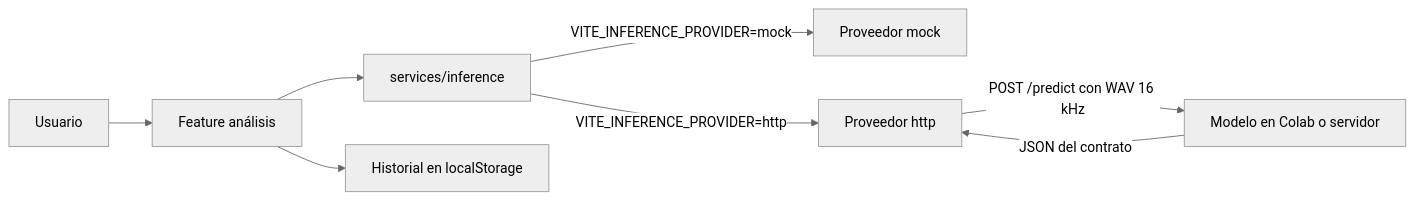
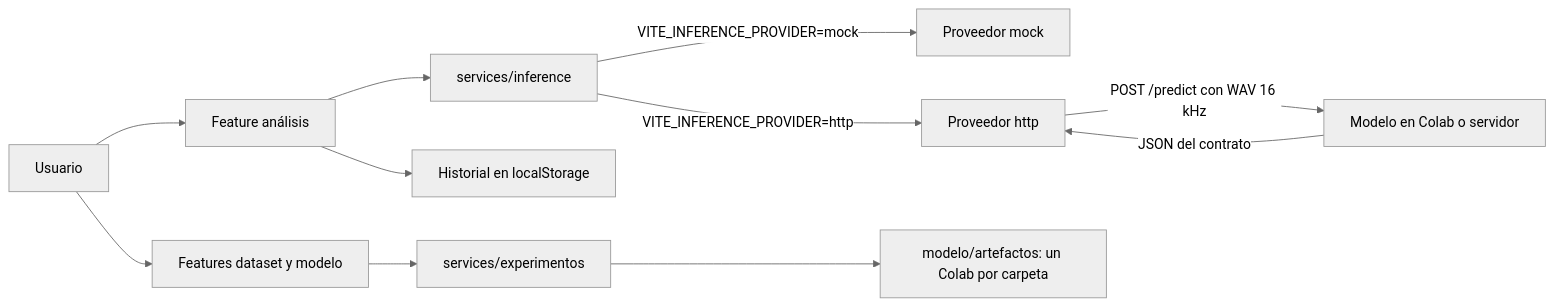
One commit to Criss-az/HappyBirds changed the diagram in docs/arquitectura.md. Above: the diagram before and after it, drawn with Mermaid (neutral theme). The commit also changed other lines of this file and 3 other files, not shown here.

````diff
--- a/docs/arquitectura.md
+++ b/docs/arquitectura.md
@@ -3,10 +3,13 @@
 ```mermaid
 flowchart LR
   U[Usuario] --> A[Feature análisis]
   A --> S[services/inference]
   S -->|VITE_INFERENCE_PROVIDER=mock| M[Proveedor mock]
   S -->|VITE_INFERENCE_PROVIDER=http| H[Proveedor http]
   H -->|POST /predict con WAV 16 kHz| C[Modelo en Colab o servidor]
   C -->|JSON del contrato| H
   A --> R[Historial en localStorage]
+  U --> D[Features dataset y modelo]
+  D --> E[services/experimentos]
+  E --> F[modelo/artefactos: un Colab por carpeta]
 ```
````
